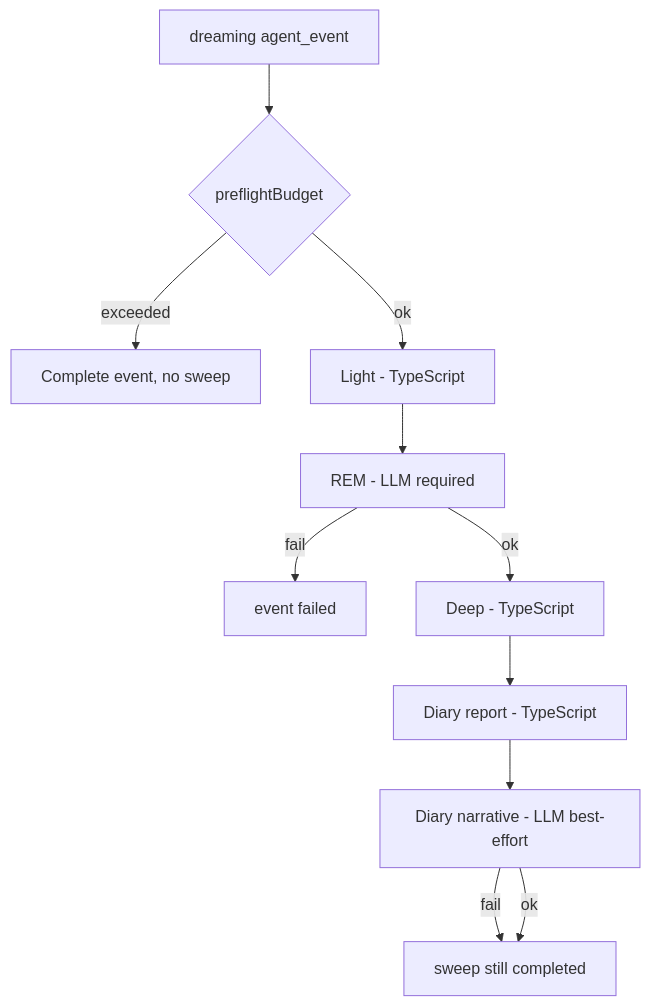
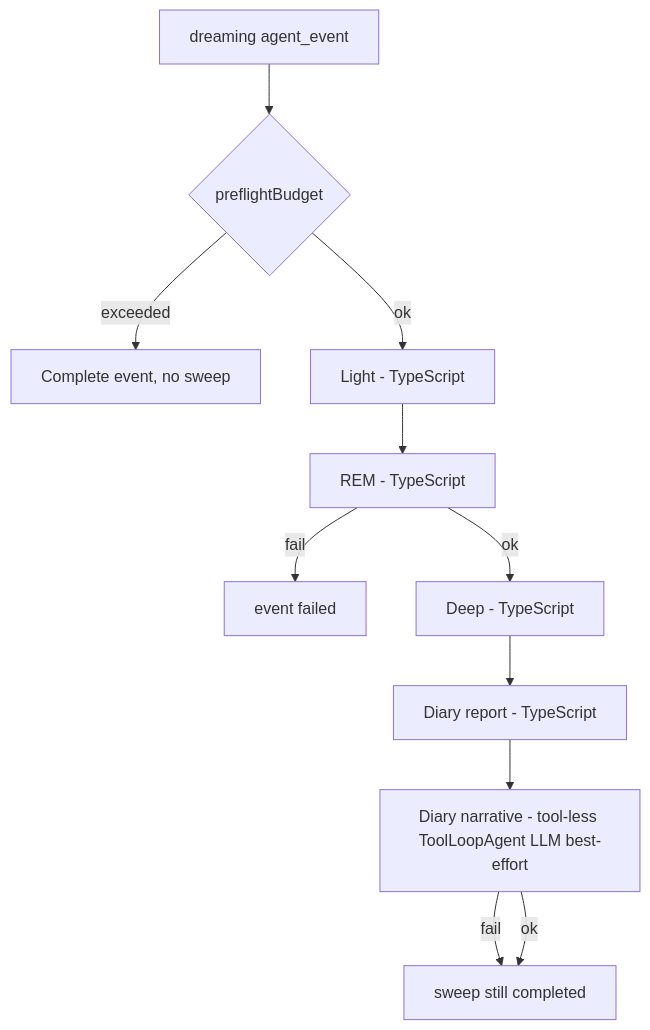
Before and after one commit to TommyBez/outname: the diagram in docs/DREAMING.md, drawn with Mermaid. The commit also changed other lines of this file and 2 other files, not shown here.

Commit message:
docs: define dreaming v2 governance architecture

````diff
--- a/docs/DREAMING.md
+++ b/docs/DREAMING.md
@@ -58,13 +70,13 @@
 ```mermaid
 flowchart TD
   E[dreaming agent_event] --> B{preflightBudget}
   B -->|exceeded| STOP[Complete event, no sweep]
   B -->|ok| L[Light - TypeScript]
-  L --> R[REM - LLM required]
+  L --> R[REM - TypeScript]
   R -->|fail| FAIL[event failed]
   R -->|ok| D[Deep - TypeScript]
   D --> DR[Diary report - TypeScript]
-  DR --> DN[Diary narrative - LLM best-effort]
+  DR --> DN[Diary narrative - tool-less ToolLoopAgent LLM best-effort]
   DN -->|fail| OK[sweep still completed]
   DN -->|ok| OK
 ```
````
